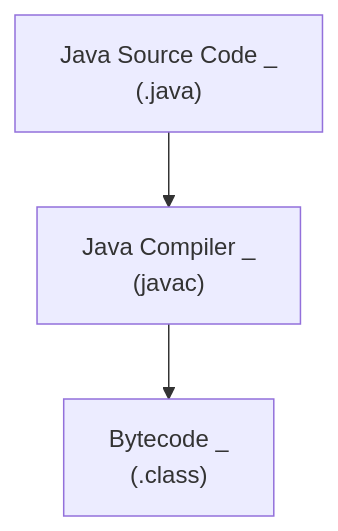
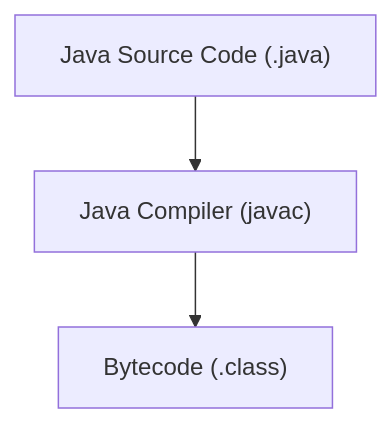
Before and after one commit to sodelalbert/JavaCoreNotes: the second of 2 diagrams in README.md, drawn with Mermaid. The commit also changed other lines of this file, not shown here.

Commit message:
Manual Data Types

````diff
--- a/README.md
+++ b/README.md
@@ -149,6 +149,5 @@
 ```mermaid
 graph TD
-;
-    R1["Java Source Code _\n(.java)"] --> R2["Java Compiler _\n(javac)"]
-    R2 --> R3["Bytecode _\n(.class)"]
+    R1["Java Source Code (.java)"] --> R2["Java Compiler (javac)"]
+    R2 --> R3["Bytecode (.class)"]
 ```
````
